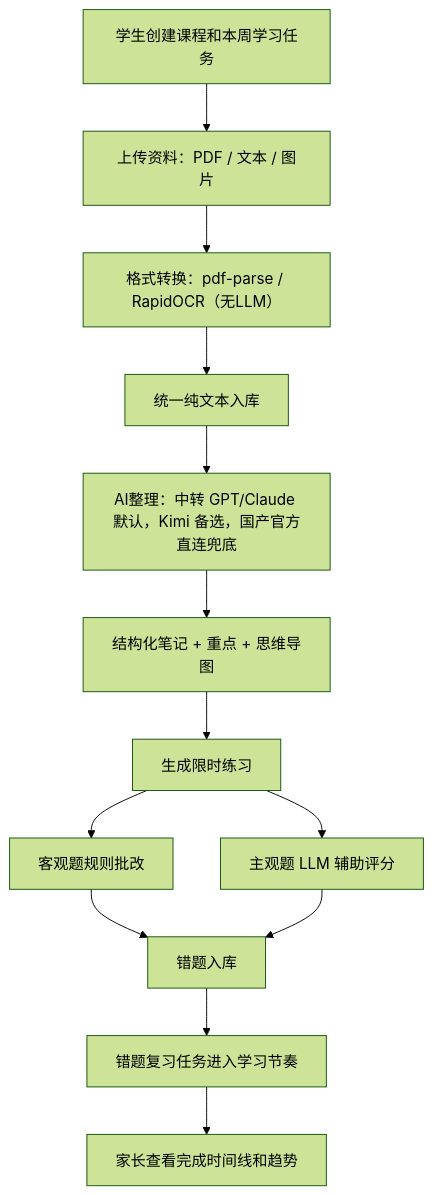
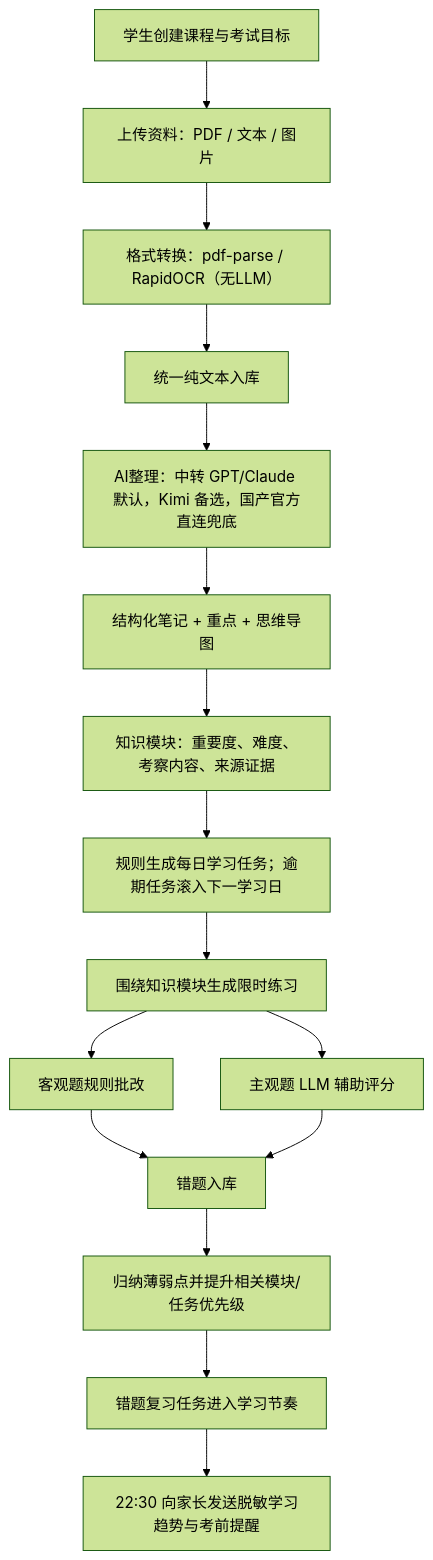
One commit to everything-is-simple/ai-studybuddy changed the second of 4 diagrams in docs/01-总PRD-产品需求-Product-Requirements.md. Above: the diagram before and after it, drawn with Mermaid (forest theme). The commit also changed other lines of this file and 5 other files, not shown here.

Commit message:
docs: align phase 0.7 exam flow

````diff
--- a/docs/01-总PRD-产品需求-Product-Requirements.md
+++ b/docs/01-总PRD-产品需求-Product-Requirements.md
@@ -137,15 +137,18 @@
 ```mermaid
 flowchart TD
-  A["学生创建课程和本周学习任务"] --> B["上传资料：PDF / 文本 / 图片"]
+  A["学生创建课程与考试目标"] --> B["上传资料：PDF / 文本 / 图片"]
   B --> C["格式转换：pdf-parse / RapidOCR（无LLM）"]
   C --> D["统一纯文本入库"]
   D --> E["AI整理：中转 GPT/Claude 默认，Kimi 备选，国产官方直连兜底"]
   E --> F["结构化笔记 + 重点 + 思维导图"]
-  F --> G["生成限时练习"]
+  F --> M["知识模块：重要度、难度、考察内容、来源证据"]
+  M --> N["规则生成每日学习任务；逾期任务滚入下一学习日"]
+  N --> G["围绕知识模块生成限时练习"]
   G --> H1["客观题规则批改"]
   G --> H2["主观题 LLM 辅助评分"]
   H1 --> I["错题入库"]
   H2 --> I
-  I --> J["错题复习任务进入学习节奏"]
-  J --> K["家长查看完成时间线和趋势"]
+  I --> W["归纳薄弱点并提升相关模块/任务优先级"]
+  W --> J["错题复习任务进入学习节奏"]
+  J --> K["22:30 向家长发送脱敏学习趋势与考前提醒"]
 ```
````
